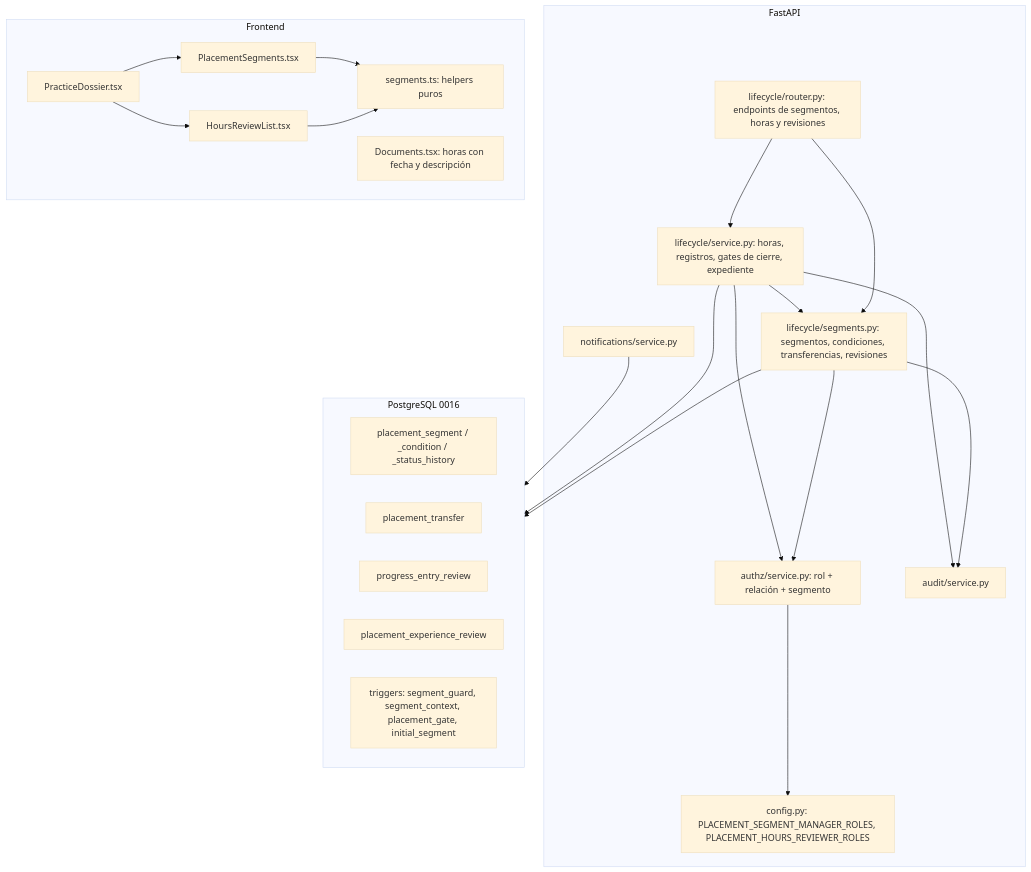
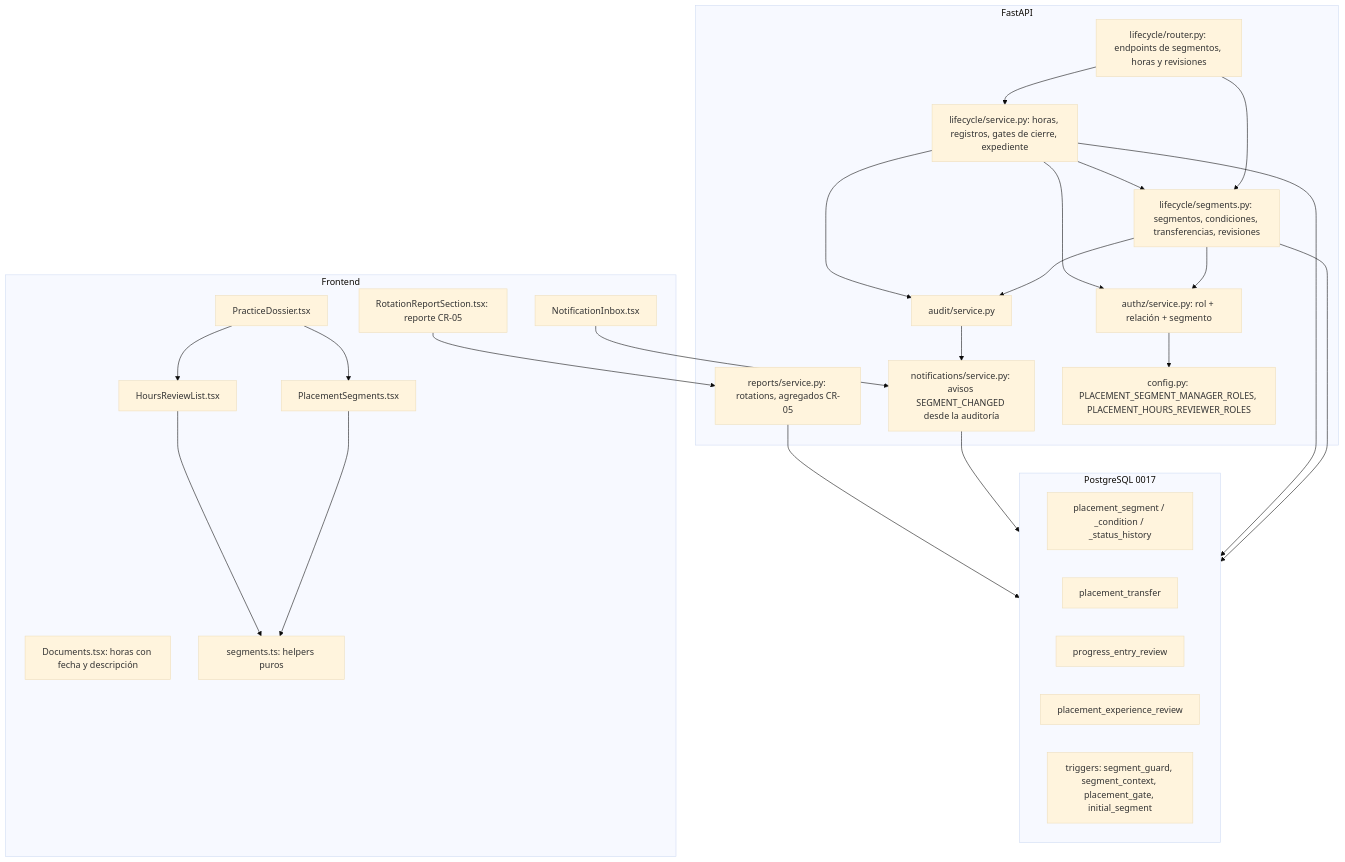
The third of 3 diagrams in evaluacion-4/docs/arquitectura-y-adrs/arquitectura-final.md (maxtrosy/internship-lifecycle-platform), drawn with Mermaid (base theme) before and after one commit. The commit also changed other lines of this file and 92 other files, not shown here.

````diff
--- a/evaluacion-4/docs/arquitectura-y-adrs/arquitectura-final.md
+++ b/evaluacion-4/docs/arquitectura-y-adrs/arquitectura-final.md
@@ -32,37 +32,44 @@
 ```mermaid
 flowchart TB
   subgraph API[FastAPI]
     R[lifecycle/router.py: endpoints de segmentos, horas y revisiones]
     SV[lifecycle/service.py: horas, registros, gates de cierre, expediente]
     SG[lifecycle/segments.py: segmentos, condiciones, transferencias, revisiones]
     AZ[authz/service.py: rol + relación + segmento]
     AU[audit/service.py]
-    NO[notifications/service.py]
+    NO[notifications/service.py: avisos SEGMENT_CHANGED desde la auditoría]
+    RP[reports/service.py: rotations, agregados CR-05]
     CF[config.py: PLACEMENT_SEGMENT_MANAGER_ROLES, PLACEMENT_HOURS_REVIEWER_ROLES]
   end
-  subgraph DB[PostgreSQL 0016]
+  subgraph DB[PostgreSQL 0017]
     T1[placement_segment / _condition / _status_history]
     T2[placement_transfer]
     T3[progress_entry_review]
     T4[placement_experience_review]
     TG[triggers: segment_guard, segment_context, placement_gate, initial_segment]
   end
   subgraph UI[Frontend]
     PD[PracticeDossier.tsx]
     PS[PlacementSegments.tsx]
     HR[HoursReviewList.tsx]
     DOC[Documents.tsx: horas con fecha y descripción]
     HL[segments.ts: helpers puros]
+    RR[RotationReportSection.tsx: reporte CR-05]
+    NI[NotificationInbox.tsx]
   end
   R --> SV & SG
   SV --> SG
   SG --> AZ & AU
   SV --> AZ & AU
   AZ --> CF
   SG --> DB
   SV --> DB
   NO --> DB
+  AU --> NO
+  RP --> DB
+  RR --> RP
+  NI --> NO
   PD --> PS & HR
   PS --> HL
   HR --> HL
 ```
````
